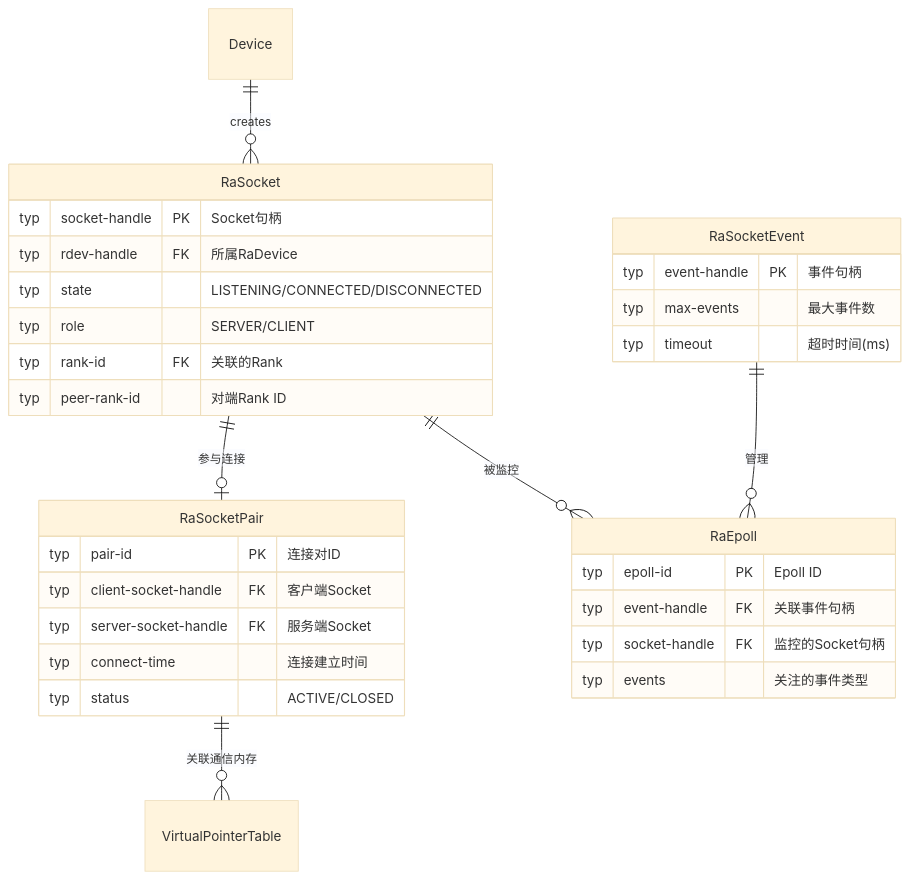
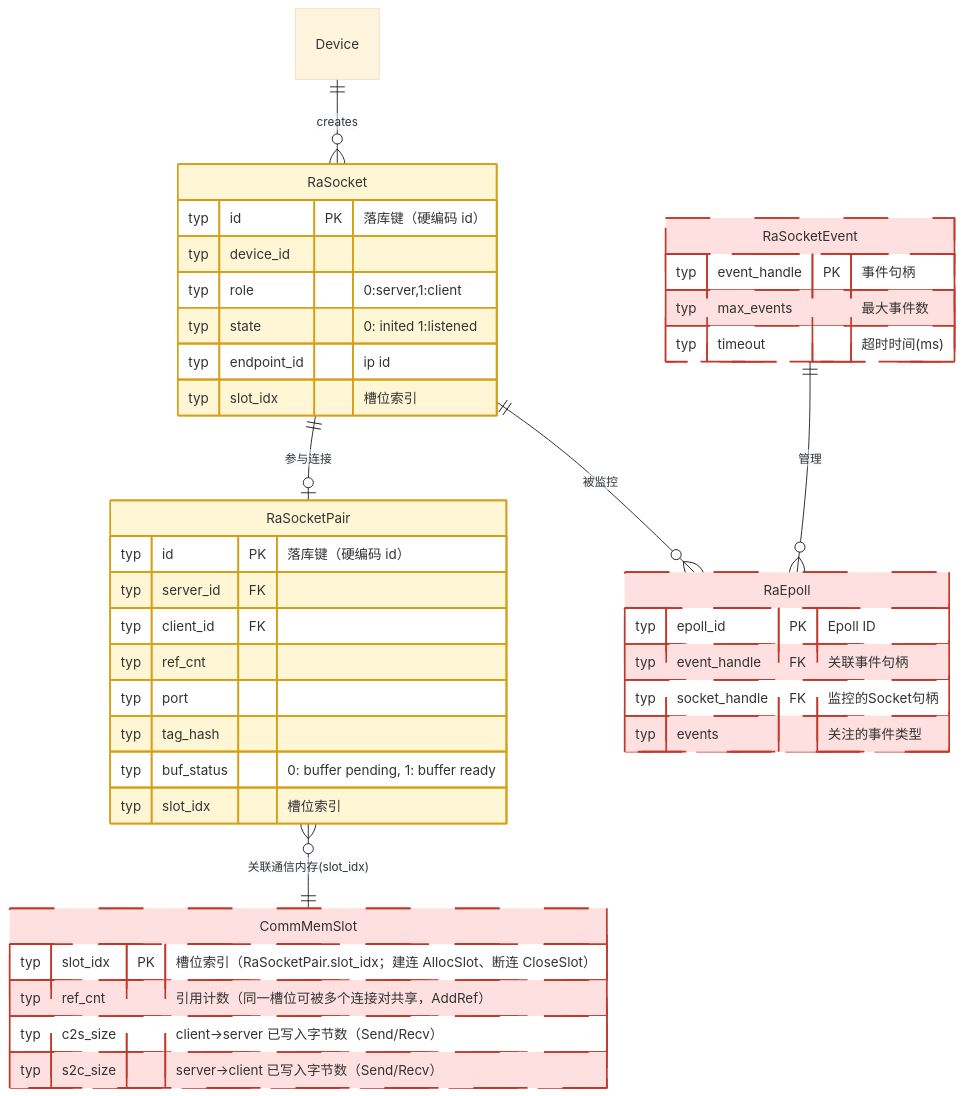
Diagram 13 of 19 in test/hccl_vm/docs/simulator_runner_data_model.md (Fengfengst123/hcomm-mirror), drawn with Mermaid (base theme) before and after one commit. The commit also changed other lines of this file and 701 other files, not shown here.

````diff
--- a/test/hccl_vm/docs/simulator_runner_data_model.md
+++ b/test/hccl_vm/docs/simulator_runner_data_model.md
@@ -912,39 +1119,58 @@
 ```mermaid
 erDiagram
     %% ==========================================
     %% Socket通信 (RaSocket 系列接口)
+    %% 🧠 可进程私有：RaSocketPair（仅 src/proxy 访问；同节 RaSocket 为 🧊）
+    %% 🧊 RaSocket 表：全仓零引用（仅注册、无读写）——不需要落库
     %% ==========================================
     Device ||--o{ RaSocket : creates
+    %% 🧊 零引用表：仅有结构体与注册项，无任何库读写
     RaSocket {
-        typ socket-handle PK "Socket句柄"
-        typ rdev-handle FK "所属RaDevice"
-        typ state "LISTENING/CONNECTED/DISCONNECTED"
-        typ role "SERVER/CLIENT"
-        typ rank-id FK "关联的Rank"
-        typ peer-rank-id "对端Rank ID"
+        typ id PK "落库键（硬编码 id）"
+        typ device_id
+        typ role "0:server,1:client"
+        typ state "0: inited 1:listened"
+        typ endpoint_id "ip id"
+        typ slot_idx "槽位索引"
     }
     RaSocketPair {
-        typ pair-id PK "连接对ID"
-        typ client-socket-handle FK "客户端Socket"
-        typ server-socket-handle FK "服务端Socket"
-        typ connect-time "连接建立时间"
-        typ status "ACTIVE/CLOSED"
+        typ id PK "落库键（硬编码 id）"
+        typ server_id FK
+        typ client_id FK
+        typ ref_cnt
+        typ port
+        typ tag_hash
+        typ buf_status "0: buffer pending, 1: buffer ready"
+        typ slot_idx "槽位索引"
     }
     RaSocket ||--o| RaSocketPair : "参与连接"
-    RaSocketPair ||--o{ VirtualPointerTable : "关联通信内存"
-    
+    RaSocketPair }o--|| CommMemSlot : "关联通信内存(slot_idx)"
+
+    %% store 层通信内存池：mmap 共享内存按槽位划分（store_sim_comm_memory_manager.h），非 RunnerDB 注册表
+    CommMemSlot {
+        typ slot_idx PK "槽位索引（RaSocketPair.slot_idx；建连 AllocSlot、断连 CloseSlot）"
+        typ ref_cnt "引用计数（同一槽位可被多个连接对共享，AddRef）"
+        typ c2s_size "client→server 已写入字节数（Send/Recv）"
+        typ s2c_size "server→client 已写入字节数（Send/Recv）"
+    }
+
     %% Socket事件管理 (Epoll机制)
     RaSocketEvent {
-        typ event-handle PK "事件句柄"
-        typ max-events "最大事件数"
+        typ event_handle PK "事件句柄"
+        typ max_events "最大事件数"
         typ timeout "超时时间(ms)"
     }
     RaEpoll {
-        typ epoll-id PK "Epoll ID"
-        typ event-handle FK "关联事件句柄"
-        typ socket-handle FK "监控的Socket句柄"
+        typ epoll_id PK "Epoll ID"
+        typ event_handle FK "关联事件句柄"
+        typ socket_handle FK "监控的Socket句柄"
         typ events "关注的事件类型"
     }
     RaSocketEvent ||--o{ RaEpoll : "管理"
     RaSocket ||--o{ RaEpoll : "被监控"
+
+    classDef unimplemented fill:#ffe0e0,stroke:#c0392b,stroke-width:2px,stroke-dasharray:5 3
+    classDef inproc fill:#fff6d6,stroke:#d4a017,stroke-width:2px
+    class CommMemSlot,RaSocketEvent,RaEpoll unimplemented
+    class RaSocket,RaSocketPair inproc
 ```
````
